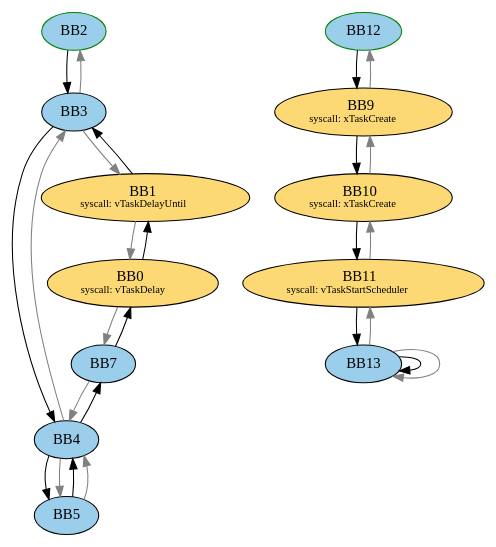
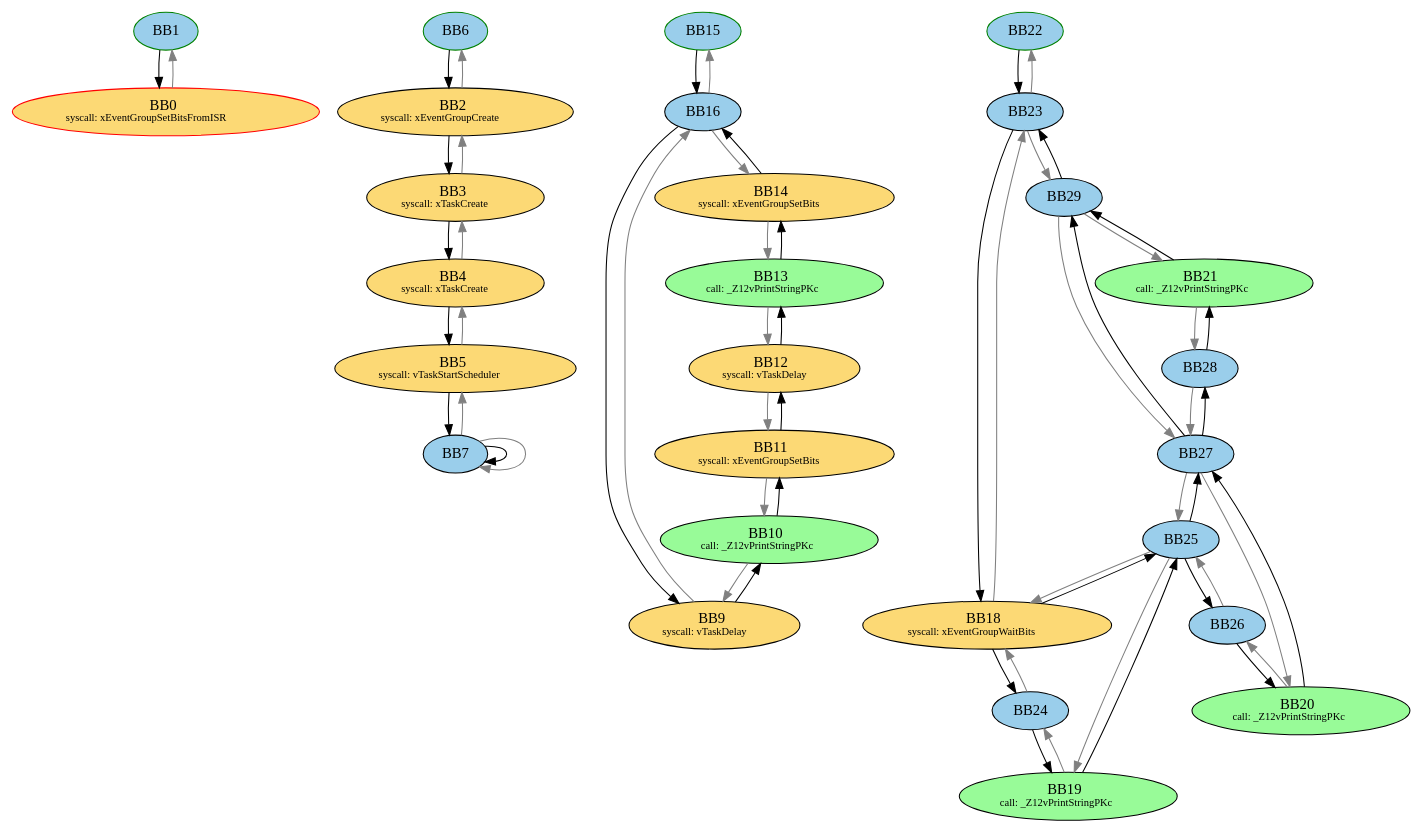
One commit to luhsra/ara changed the diagram in after_merge/functions_overview.dot. Above: the diagram before and after it, drawn with Graphviz. The commit also changed 4 other files, not shown here.

```diff
--- a/after_merge/functions_overview.dot
+++ b/after_merge/functions_overview.dot
@@ -1,57 +1,130 @@
 digraph G {
-	subgraph _Z13vTaskFunctionPv{
+	subgraph _Z20ulEventBitSettingISRv{
 		node [style=filled];
-		"BB2" "BB3" "BB4" "BB5" "BB7" "BB0" "BB1" ;
-		BB2 -> BB3;
-		BB2[fillcolor="#9ACEEB" style=filled];
-		BB3 -> BB4;
-		BB3[fillcolor="#9ACEEB" style=filled];
-		BB3 -> BB2[color=grey];
-		BB3 -> BB1[color=grey];
-		BB4 -> BB5;
-		BB4 -> BB7;
-		BB4[fillcolor="#9ACEEB" style=filled];
-		BB4 -> BB3[color=grey];
-		BB4 -> BB5[color=grey];
-		BB5 -> BB4;
-		BB5[fillcolor="#9ACEEB" style=filled];
-		BB5 -> BB4[color=grey];
-		BB7 -> BB0;
-		BB7[fillcolor="#9ACEEB" style=filled];
-		BB7 -> BB4[color=grey];
-		BB0 -> BB1;
+		"BB1" "BB0" ;
+		BB1 -> BB0;
+		BB1[fillcolor="#9ACEEB" style=filled];
 		BB0[fillcolor="#FCD975" style=filled label=<BB0<BR />
-<FONT POINT-SIZE="10">syscall: vTaskDelay</FONT>>];
-		BB0 -> BB7[color=grey];
-		BB1 -> BB3;
-		BB1[fillcolor="#FCD975" style=filled label=<BB1<BR />
-<FONT POINT-SIZE="10">syscall: vTaskDelayUntil</FONT>>];
-		BB1 -> BB0[color=grey];
-		BB2 [color=green style=filled];
-		label = "_Z13vTaskFunctionPv";
+<FONT POINT-SIZE="10">syscall: xEventGroupSetBitsFromISR</FONT>>];
+		BB0 -> BB1[color=grey];
+		BB0 [color=red style=filled] ;
+		BB1 [color=green style=filled];
+		label = "_Z20ulEventBitSettingISRv";
 	}
 	subgraph main{
 		node [style=filled];
-		"BB12" "BB9" "BB10" "BB11" "BB13" ;
-		BB12 -> BB9;
-		BB12[fillcolor="#9ACEEB" style=filled];
+		"BB6" "BB2" "BB3" "BB4" "BB5" "BB7" ;
+		BB6 -> BB2;
+		BB6[fillcolor="#9ACEEB" style=filled];
+		BB2 -> BB3;
+		BB2[fillcolor="#FCD975" style=filled label=<BB2<BR />
+<FONT POINT-SIZE="10">syscall: xEventGroupCreate</FONT>>];
+		BB2 -> BB6[color=grey];
+		BB3 -> BB4;
+		BB3[fillcolor="#FCD975" style=filled label=<BB3<BR />
+<FONT POINT-SIZE="10">syscall: xTaskCreate</FONT>>];
+		BB3 -> BB2[color=grey];
+		BB4 -> BB5;
+		BB4[fillcolor="#FCD975" style=filled label=<BB4<BR />
+<FONT POINT-SIZE="10">syscall: xTaskCreate</FONT>>];
+		BB4 -> BB3[color=grey];
+		BB5 -> BB7;
+		BB5[fillcolor="#FCD975" style=filled label=<BB5<BR />
+<FONT POINT-SIZE="10">syscall: vTaskStartScheduler</FONT>>];
+		BB5 -> BB4[color=grey];
+		BB7 -> BB7;
+		BB7[fillcolor="#9ACEEB" style=filled];
+		BB7 -> BB5[color=grey];
+		BB7 -> BB7[color=grey];
+		BB6 [color=green style=filled];
+		label = "main";
+	}
+	subgraph _ZL20vEventBitSettingTaskPv{
+		node [style=filled];
+		"BB15" "BB16" "BB9" "BB10" "BB11" "BB12" "BB13" "BB14" ;
+		BB15 -> BB16;
+		BB15[fillcolor="#9ACEEB" style=filled];
+		BB16 -> BB9;
+		BB16[fillcolor="#9ACEEB" style=filled];
+		BB16 -> BB15[color=grey];
+		BB16 -> BB14[color=grey];
 		BB9 -> BB10;
 		BB9[fillcolor="#FCD975" style=filled label=<BB9<BR />
-<FONT POINT-SIZE="10">syscall: xTaskCreate</FONT>>];
-		BB9 -> BB12[color=grey];
+<FONT POINT-SIZE="10">syscall: vTaskDelay</FONT>>];
+		BB9 -> BB16[color=grey];
 		BB10 -> BB11;
-		BB10[fillcolor="#FCD975" style=filled label=<BB10<BR />
-<FONT POINT-SIZE="10">syscall: xTaskCreate</FONT>>];
+		BB10[fillcolor="palegreen" style=filled label=<BB10<BR />
+<FONT POINT-SIZE="10">call: _Z12vPrintStringPKc</FONT>>];
 		BB10 -> BB9[color=grey];
-		BB11 -> BB13;
+		BB11 -> BB12;
 		BB11[fillcolor="#FCD975" style=filled label=<BB11<BR />
-<FONT POINT-SIZE="10">syscall: vTaskStartScheduler</FONT>>];
+<FONT POINT-SIZE="10">syscall: xEventGroupSetBits</FONT>>];
 		BB11 -> BB10[color=grey];
-		BB13 -> BB13;
-		BB13[fillcolor="#9ACEEB" style=filled];
-		BB13 -> BB11[color=grey];
-		BB13 -> BB13[color=grey];
-		BB12 [color=green style=filled];
-		label = "main";
+		BB12 -> BB13;
+		BB12[fillcolor="#FCD975" style=filled label=<BB12<BR />
+<FONT POINT-SIZE="10">syscall: vTaskDelay</FONT>>];
+		BB12 -> BB11[color=grey];
+		BB13 -> BB14;
+		BB13[fillcolor="palegreen" style=filled label=<BB13<BR />
+<FONT POINT-SIZE="10">call: _Z12vPrintStringPKc</FONT>>];
+		BB13 -> BB12[color=grey];
+		BB14 -> BB16;
+		BB14[fillcolor="#FCD975" style=filled label=<BB14<BR />
+<FONT POINT-SIZE="10">syscall: xEventGroupSetBits</FONT>>];
+		BB14 -> BB13[color=grey];
+		BB15 [color=green style=filled];
+		label = "_ZL20vEventBitSettingTaskPv";
+	}
+	subgraph _ZL20vEventBitReadingTaskPv{
+		node [style=filled];
+		"BB22" "BB23" "BB18" "BB24" "BB25" "BB19" "BB26" "BB27" "BB20" "BB28" "BB29" "BB21" ;
+		BB22 -> BB23;
+		BB22[fillcolor="#9ACEEB" style=filled];
+		BB23 -> BB18;
+		BB23[fillcolor="#9ACEEB" style=filled];
+		BB23 -> BB22[color=grey];
+		BB23 -> BB29[color=grey];
+		BB18 -> BB24;
+		BB18 -> BB25;
+		BB18[fillcolor="#FCD975" style=filled label=<BB18<BR />
+<FONT POINT-SIZE="10">syscall: xEventGroupWaitBits</FONT>>];
+		BB18 -> BB23[color=grey];
+		BB24 -> BB19;
+		BB24[fillcolor="#9ACEEB" style=filled];
+		BB24 -> BB18[color=grey];
+		BB25 -> BB26;
+		BB25 -> BB27;
+		BB25[fillcolor="#9ACEEB" style=filled];
+		BB25 -> BB18[color=grey];
+		BB25 -> BB19[color=grey];
+		BB19 -> BB25;
+		BB19[fillcolor="palegreen" style=filled label=<BB19<BR />
+<FONT POINT-SIZE="10">call: _Z12vPrintStringPKc</FONT>>];
+		BB19 -> BB24[color=grey];
+		BB26 -> BB20;
+		BB26[fillcolor="#9ACEEB" style=filled];
+		BB26 -> BB25[color=grey];
+		BB27 -> BB28;
+		BB27 -> BB29;
+		BB27[fillcolor="#9ACEEB" style=filled];
+		BB27 -> BB25[color=grey];
+		BB27 -> BB20[color=grey];
+		BB20 -> BB27;
+		BB20[fillcolor="palegreen" style=filled label=<BB20<BR />
+<FONT POINT-SIZE="10">call: _Z12vPrintStringPKc</FONT>>];
+		BB20 -> BB26[color=grey];
+		BB28 -> BB21;
+		BB28[fillcolor="#9ACEEB" style=filled];
+		BB28 -> BB27[color=grey];
+		BB29 -> BB23;
+		BB29[fillcolor="#9ACEEB" style=filled];
+		BB29 -> BB27[color=grey];
+		BB29 -> BB21[color=grey];
+		BB21 -> BB29;
+		BB21[fillcolor="palegreen" style=filled label=<BB21<BR />
+<FONT POINT-SIZE="10">call: _Z12vPrintStringPKc</FONT>>];
+		BB21 -> BB28[color=grey];
+		BB22 [color=green style=filled];
+		label = "_ZL20vEventBitReadingTaskPv";
 	}
 }
```
